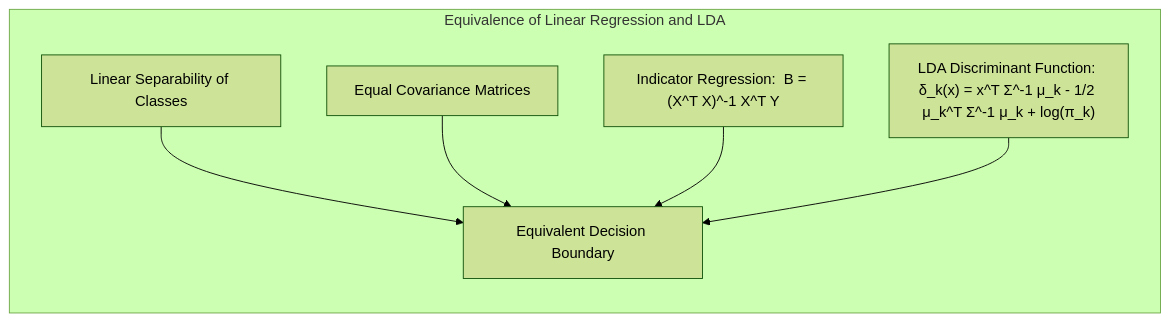
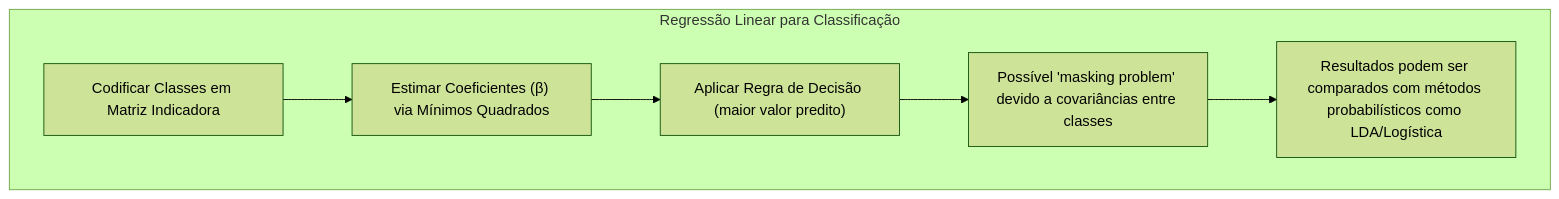
The fourth of 7 diagrams in 03. Additive Models/01. Generalized Additive Models/01. Concept Overview.md (diegomrodrigues/statistical_learning_notes), drawn with Mermaid (forest theme) before and after one commit. The commit also changed other lines of this file and 228 other files, not shown here.

````diff
--- a/03. Additive Models/01. Generalized Additive Models/01. Concept Overview.md
+++ b/03. Additive Models/01. Generalized Additive Models/01. Concept Overview.md
@@ -214,15 +123,9 @@
 ```mermaid
-graph LR
-    subgraph "Equivalence of Linear Regression and LDA"
-      direction TB
-        A["Linear Separability of Classes"]
-        B["Equal Covariance Matrices"]
-        C["Indicator Regression:  B = (X^T X)^-1 X^T Y"]
-        D["LDA Discriminant Function: δ_k(x) = x^T Σ^-1 μ_k - 1/2 μ_k^T Σ^-1 μ_k + log(π_k)"]
-        E["Equivalent Decision Boundary"]
-        A --> E
-        B --> E
-        C --> E
-        D --> E
-    end
+flowchart TB
+ subgraph "Regressão Linear para Classificação"
+   A["Codificar Classes em Matriz Indicadora"] --> B["Estimar Coeficientes (β) via Mínimos Quadrados"]
+   B --> C["Aplicar Regra de Decisão (maior valor predito)"]
+   C --> D["Possível 'masking problem' devido a covariâncias entre classes"]
+   D --> E["Resultados podem ser comparados com métodos probabilísticos como LDA/Logística"]
+ end
 ```
````
